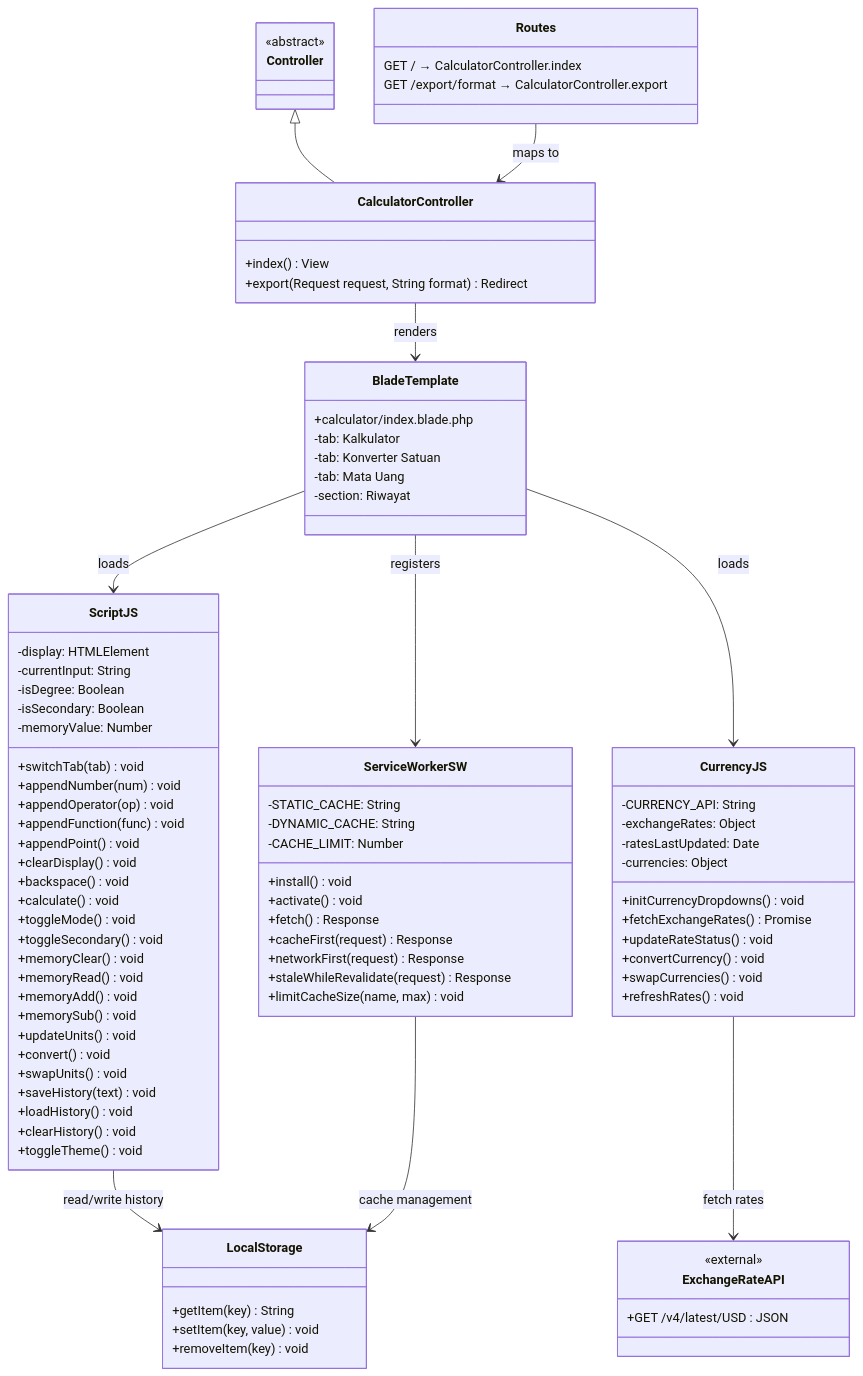
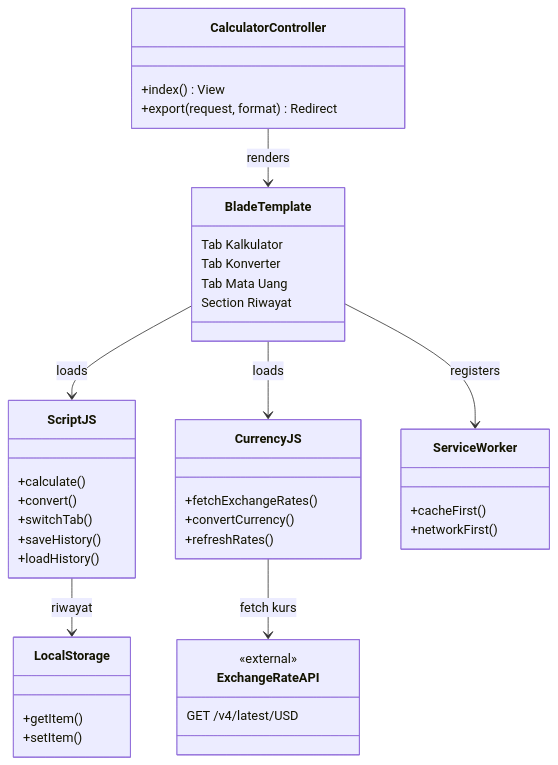
The eighth of 8 diagrams in e-concalc-web/README.md (falcon-ioi/Caclcon), drawn with Mermaid before and after one commit. The commit also changed other lines of this file, not shown here.

Commit message:
docs: redesign UML diagrams for better readability and clarity

````diff
--- a/e-concalc-web/README.md
+++ b/e-concalc-web/README.md
@@ -218,99 +216,49 @@
 classDiagram
     class CalculatorController {
         +index() View
-        +export(Request request, String format) Redirect
+        +export(request, format) Redirect
     }
 
-    class Controller {
-        <<abstract>>
-    }
-
-    class Routes {
-        GET / → CalculatorController.index
-        GET /export/format → CalculatorController.export
+    class BladeTemplate {
+        Tab Kalkulator
+        Tab Konverter
+        Tab Mata Uang
+        Section Riwayat
     }
 
     class ScriptJS {
-        -display: HTMLElement
-        -currentInput: String
-        -isDegree: Boolean
-        -isSecondary: Boolean
-        -memoryValue: Number
-        +switchTab(tab) void
-        +appendNumber(num) void
-        +appendOperator(op) void
-        +appendFunction(func) void
-        +appendPoint() void
-        +clearDisplay() void
-        +backspace() void
-        +calculate() void
-        +toggleMode() void
-        +toggleSecondary() void
-        +memoryClear() void
-        +memoryRead() void
-        +memoryAdd() void
-        +memorySub() void
-        +updateUnits() void
-        +convert() void
-        +swapUnits() void
-        +saveHistory(text) void
-        +loadHistory() void
-        +clearHistory() void
-        +toggleTheme() void
+        +calculate()
+        +convert()
+        +switchTab()
+        +saveHistory()
+        +loadHistory()
     }
 
     class CurrencyJS {
-        -CURRENCY_API: String
-        -exchangeRates: Object
-        -ratesLastUpdated: Date
-        -currencies: Object
-        +initCurrencyDropdowns() void
-        +fetchExchangeRates() Promise
-        +updateRateStatus() void
-        +convertCurrency() void
-        +swapCurrencies() void
-        +refreshRates() void
+        +fetchExchangeRates()
+        +convertCurrency()
+        +refreshRates()
     }
 
-    class ServiceWorkerSW {
-        -STATIC_CACHE: String
-        -DYNAMIC_CACHE: String
-        -CACHE_LIMIT: Number
-        +install() void
-        +activate() void
-        +fetch() Response
-        +cacheFirst(request) Response
-        +networkFirst(request) Response
-        +staleWhileRevalidate(request) Response
-        +limitCacheSize(name, max) void
+    class ServiceWorker {
+        +cacheFirst()
+        +networkFirst()
     }
 
     class LocalStorage {
-        +getItem(key) String
-        +setItem(key, value) void
-        +removeItem(key) void
+        +getItem()
+        +setItem()
     }
 
     class ExchangeRateAPI {
         <<external>>
-        +GET /v4/latest/USD : JSON
+        GET /v4/latest/USD
     }
 
-    Controller <|-- CalculatorController
-    Routes --> CalculatorController : maps to
     CalculatorController --> BladeTemplate : renders
     BladeTemplate --> ScriptJS : loads
     BladeTemplate --> CurrencyJS : loads
-    BladeTemplate --> ServiceWorkerSW : registers
-    ScriptJS --> LocalStorage : read/write history
-    CurrencyJS --> ExchangeRateAPI : fetch rates
-    ServiceWorkerSW --> LocalStorage : cache management
-
-    class BladeTemplate {
-        +calculator/index.blade.php
-        -tab: Kalkulator
-        -tab: Konverter Satuan
-        -tab: Mata Uang
-        -section: Riwayat
-    }
+    BladeTemplate --> ServiceWorker : registers
+    ScriptJS --> LocalStorage : riwayat
+    CurrencyJS --> ExchangeRateAPI : fetch kurs
 ```
````
